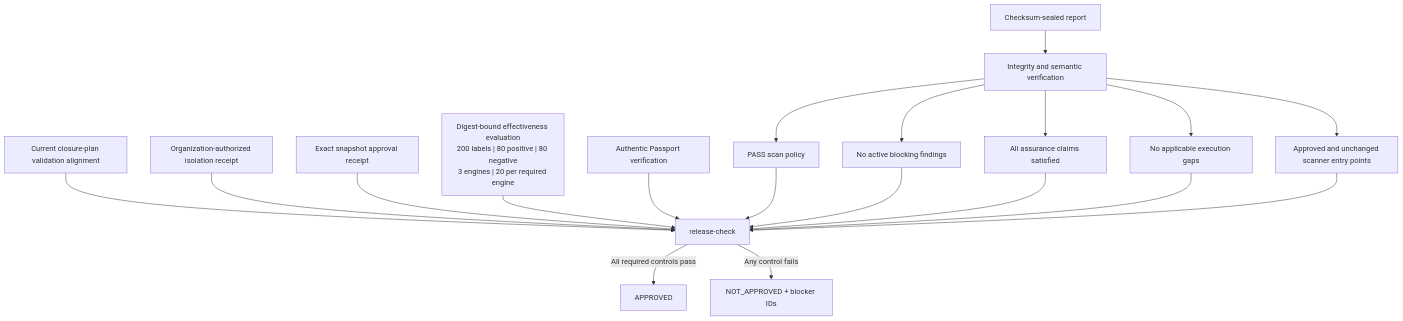
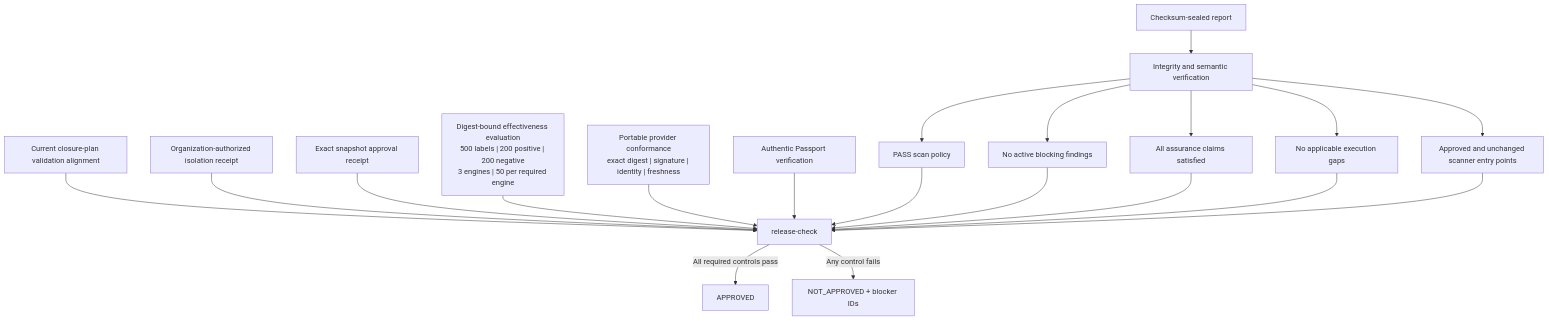
The diagram in docs/release-readiness.md (willtran87/project-py-security-suite), drawn with Mermaid before and after one commit. The commit also changed other lines of this file and 84 other files, not shown here.

````diff
--- a/docs/release-readiness.md
+++ b/docs/release-readiness.md
@@ -12,21 +12,22 @@
 ```mermaid
 flowchart TD
     Report["Checksum-sealed report"] --> Verify["Integrity and semantic verification"]
     Verify --> Policy["PASS scan policy"]
     Verify --> Findings["No active blocking findings"]
     Verify --> Claims["All assurance claims satisfied"]
     Verify --> Coverage["No applicable execution gaps"]
     Verify --> Trust["Approved and unchanged scanner entry points"]
     Closure["Current closure-plan validation alignment"] --> Gate
     Isolation["Organization-authorized isolation receipt"] --> Gate["release-check"]
     Intel["Exact snapshot approval receipt"] --> Gate
-    Benchmark["Digest-bound effectiveness evaluation<br/>200 labels | 80 positive | 80 negative<br/>3 engines | 20 per required engine"] --> Gate
+    Benchmark["Digest-bound effectiveness evaluation<br/>500 labels | 200 positive | 200 negative<br/>3 engines | 50 per required engine"] --> Gate
+    Provider["Portable provider conformance<br/>exact digest | signature | identity | freshness"] --> Gate
     Passport["Authentic Passport verification"] --> Gate
     Policy --> Gate
     Findings --> Gate
     Claims --> Gate
     Coverage --> Gate
     Trust --> Gate
     Gate -->|All required controls pass| Approve["APPROVED"]
     Gate -->|Any control fails| Block["NOT_APPROVED + blocker IDs"]
 ```
````
